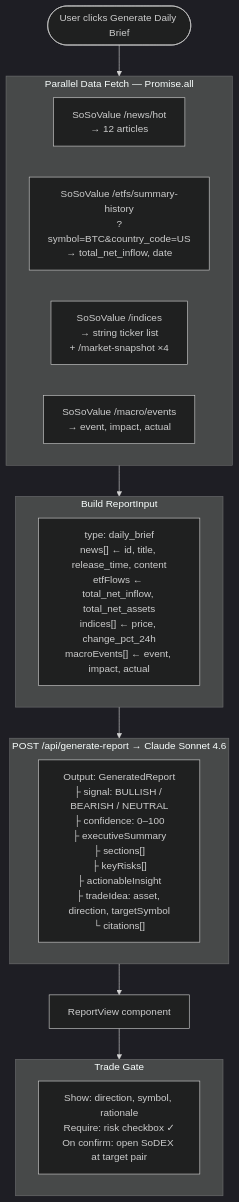
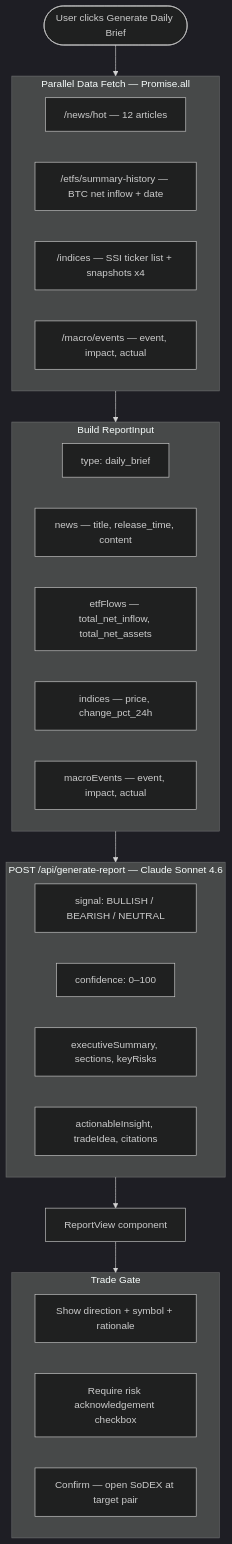
Before and after one commit to fourWayz/soso-analyst: the second of 5 diagrams in README.md, drawn with Mermaid (dark theme). The commit also changed other lines of this file, not shown here.

First line of the commit message:
Refine README.md for API and flow descriptions

````diff
--- a/README.md
+++ b/README.md
@@ -55,30 +64,39 @@
 ```mermaid
 flowchart TD
     A([User clicks Generate Daily Brief]) --> B
 
     subgraph B["Parallel Data Fetch — Promise.all"]
-        B1[SoSoValue /news/hot\n→ 12 articles]
-        B2[SoSoValue /etfs/summary-history\n?symbol=BTC&country_code=US\n→ total_net_inflow, date]
-        B3[SoSoValue /indices\n→ string ticker list\n+ /market-snapshot ×4]
-        B4[SoSoValue /macro/events\n→ event, impact, actual]
+        B1["/news/hot — 12 articles"]
+        B2["/etfs/summary-history — BTC net inflow + date"]
+        B3["/indices — SSI ticker list + snapshots x4"]
+        B4["/macro/events — event, impact, actual"]
     end
 
     B --> C
 
     subgraph C["Build ReportInput"]
-        C1["type: daily_brief\nnews[] ← id, title, release_time, content\netfFlows ← total_net_inflow, total_net_assets\nindices[] ← price, change_pct_24h\nmacroEvents[] ← event, impact, actual"]
+        C1["type: daily_brief"]
+        C2["news — title, release_time, content"]
+        C3["etfFlows — total_net_inflow, total_net_assets"]
+        C4["indices — price, change_pct_24h"]
+        C5["macroEvents — event, impact, actual"]
     end
 
     C --> D
 
-    subgraph D["POST /api/generate-report → Claude Sonnet 4.6"]
-        D1["Output: GeneratedReport\n├ signal: BULLISH / BEARISH / NEUTRAL\n├ confidence: 0–100\n├ executiveSummary\n├ sections[]\n├ keyRisks[]\n├ actionableInsight\n├ tradeIdea: asset, direction, targetSymbol\n└ citations[]"]
+    subgraph D["POST /api/generate-report — Claude Sonnet 4.6"]
+        D1["signal: BULLISH / BEARISH / NEUTRAL"]
+        D2["confidence: 0–100"]
+        D3["executiveSummary, sections, keyRisks"]
+        D4["actionableInsight, tradeIdea, citations"]
     end
 
     D --> E[ReportView component]
     E --> F
 
     subgraph F["Trade Gate"]
-        F1["Show: direction, symbol, rationale\nRequire: risk checkbox ✓\nOn confirm: open SoDEX at target pair"]
+        F1["Show direction + symbol + rationale"]
+        F2["Require risk acknowledgement checkbox"]
+        F3["Confirm — open SoDEX at target pair"]
     end
 ```
````
